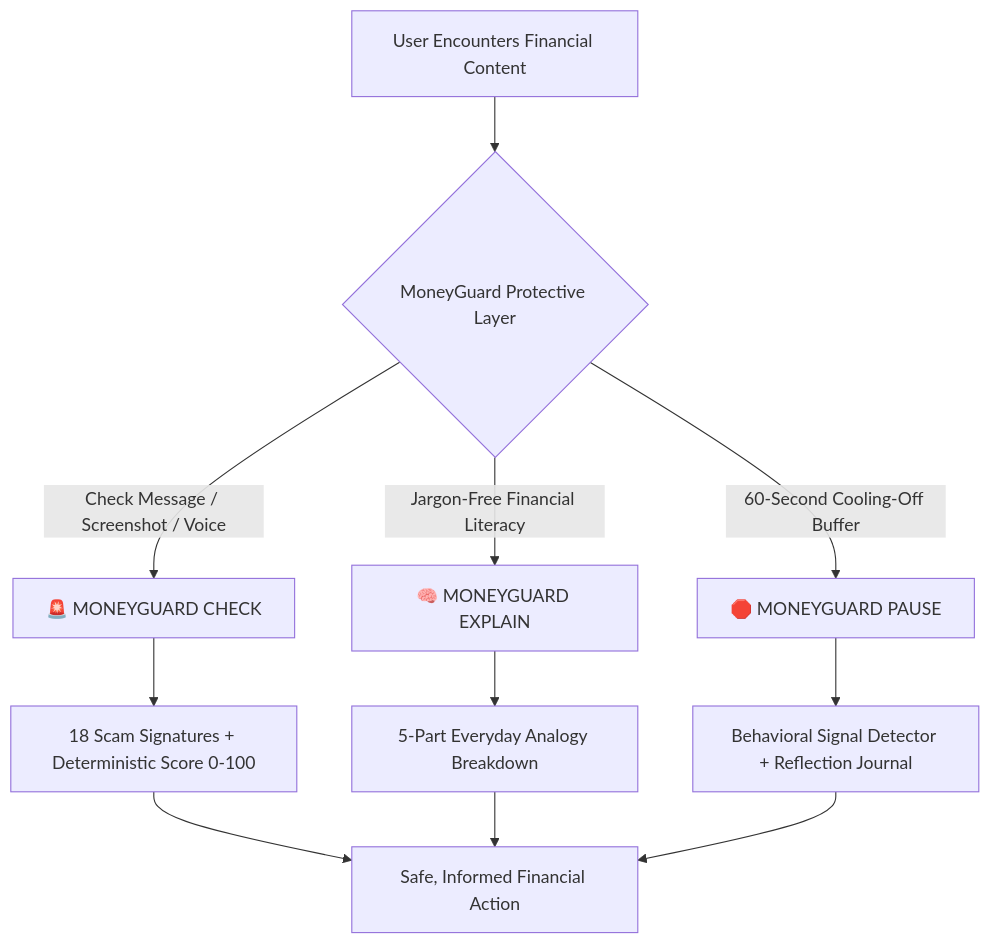
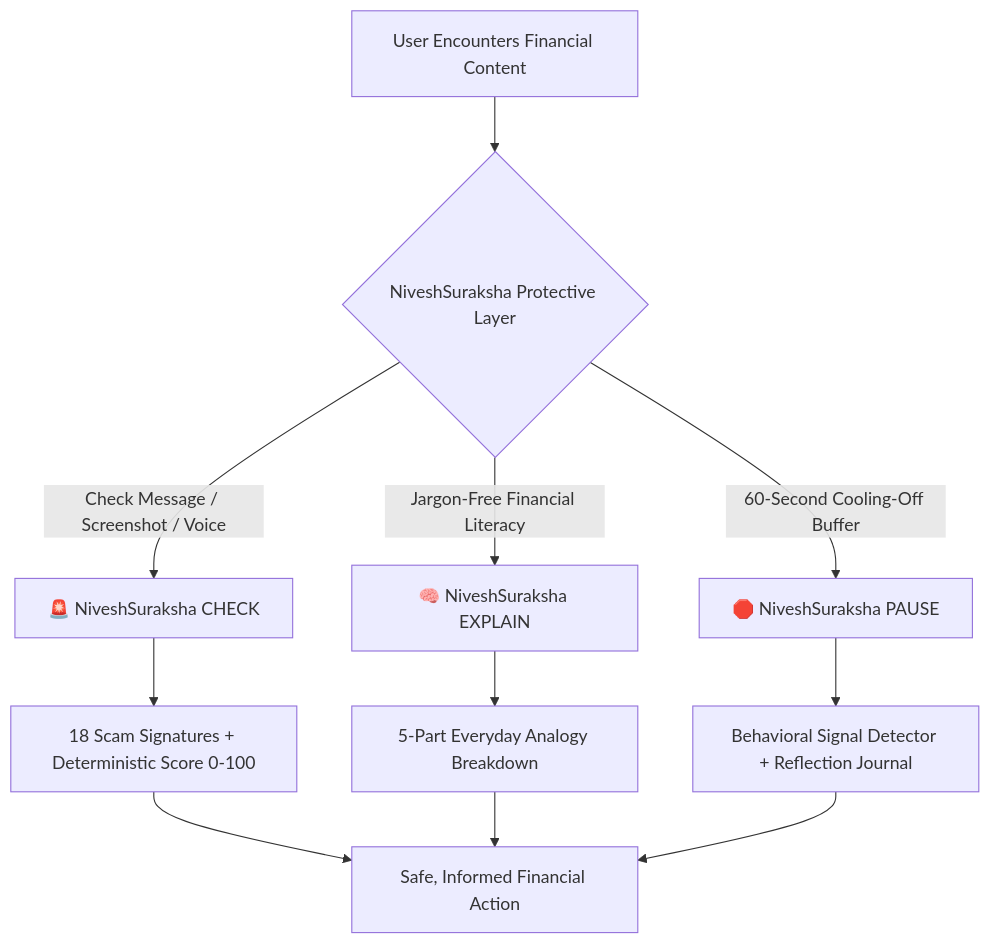
The diagram in README.md (omsalunkhe26/NiveshSuraksha), drawn with Mermaid before and after one commit. The commit also changed other lines of this file and 25 other files, not shown here.

Commit message:
Rename project: MoneyGuard → NiveshSuraksha

````diff
--- a/README.md
+++ b/README.md
@@ -29,15 +29,15 @@
 ```mermaid
 graph TD
-    A[User Encounters Financial Content] --> B{MoneyGuard Protective Layer}
-    B -->|Check Message / Screenshot / Voice| C[🚨 MONEYGUARD CHECK]
-    B -->|Jargon-Free Financial Literacy| D[🧠 MONEYGUARD EXPLAIN]
-    B -->|60-Second Cooling-Off Buffer| E[🛑 MONEYGUARD PAUSE]
+    A[User Encounters Financial Content] --> B{NiveshSuraksha Protective Layer}
+    B -->|Check Message / Screenshot / Voice| C[🚨 NiveshSuraksha CHECK]
+    B -->|Jargon-Free Financial Literacy| D[🧠 NiveshSuraksha EXPLAIN]
+    B -->|60-Second Cooling-Off Buffer| E[🛑 NiveshSuraksha PAUSE]
     
     C --> F[18 Scam Signatures + Deterministic Score 0-100]
     D --> G[5-Part Everyday Analogy Breakdown]
     E --> H[Behavioral Signal Detector + Reflection Journal]
     
     F --> I[Safe, Informed Financial Action]
     G --> I
     H --> I
 ```
````
